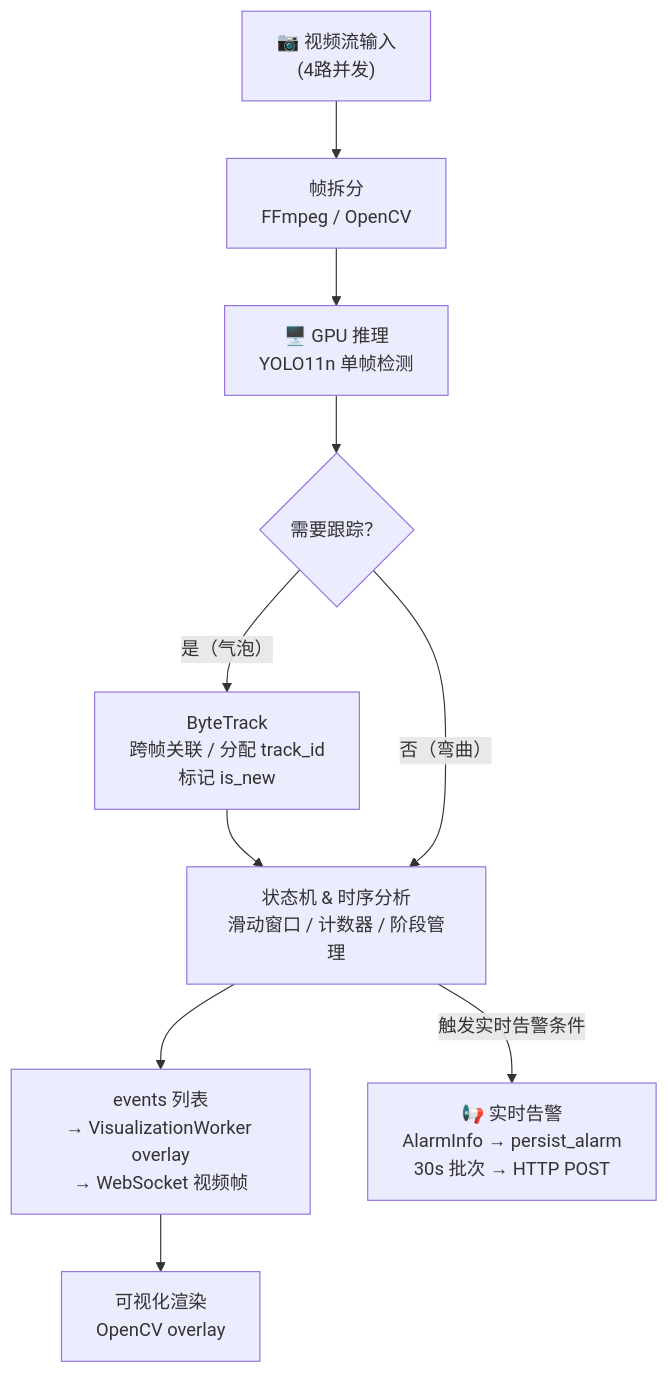
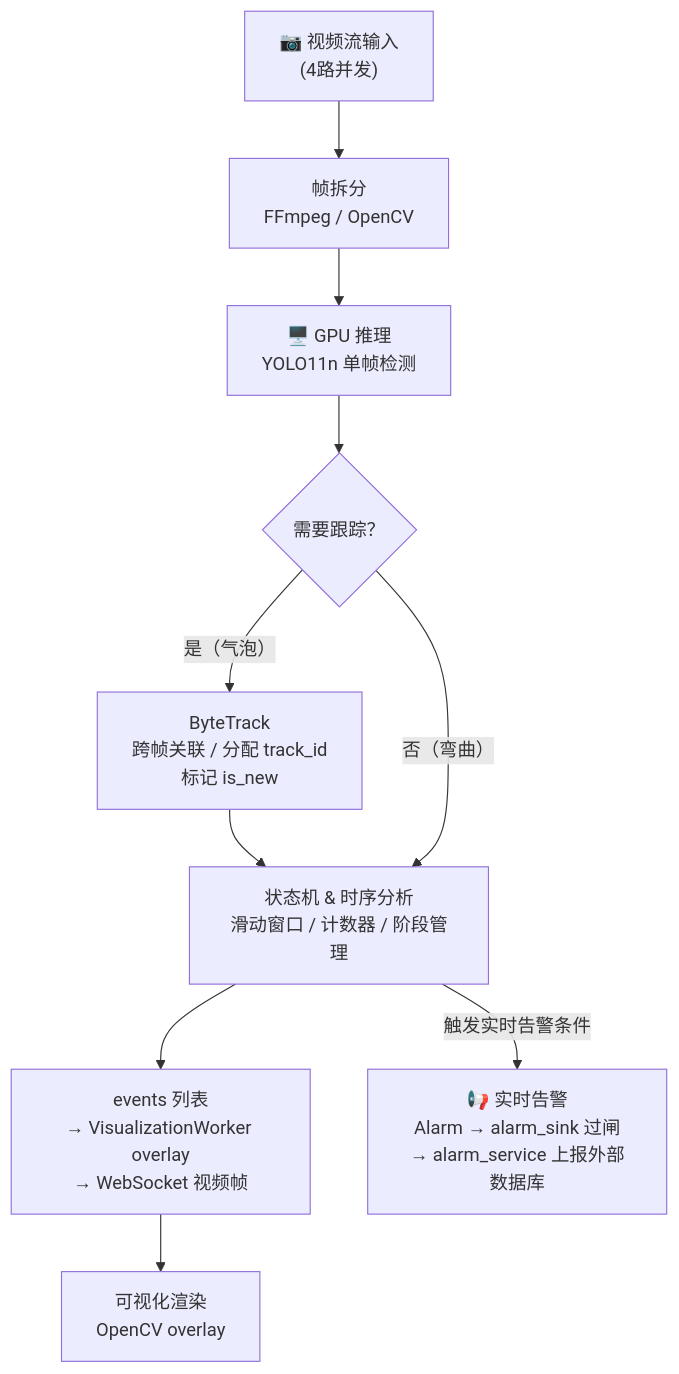
The first of 3 diagrams in docs/kb/DESIGN_DETECTION_WORKFLOW.md (Jiadezhende/CleanSightBackend), drawn with Mermaid before and after one commit. The commit also changed other lines of this file and 96 other files, not shown here.

````diff
--- a/docs/kb/DESIGN_DETECTION_WORKFLOW.md
+++ b/docs/kb/DESIGN_DETECTION_WORKFLOW.md
@@ -11,19 +11,19 @@
 ```mermaid
 flowchart TD
     CAM["📷 视频流输入<br/>(4路并发)"]
     DECODE["帧拆分<br/>FFmpeg / OpenCV"]
     GPU["🖥️ GPU 推理<br/>YOLO11n 单帧检测"]
     TRACK_Q{"需要跟踪？"}
     TRACK["ByteTrack<br/>跨帧关联 / 分配 track_id<br/>标记 is_new"]
     SM["状态机 & 时序分析<br/>滑动窗口 / 计数器 / 阶段管理"]
     EVENTS["events 列表<br/>→ VisualizationWorker overlay<br/>→ WebSocket 视频帧"]
-    ALARM["📢 实时告警<br/>AlarmInfo → persist_alarm<br/>30s 批次 → HTTP POST"]
+    ALARM["📢 实时告警<br/>Alarm → alarm_sink 过闸<br/>→ alarm_service 上报外部数据库"]
     VIZ["可视化渲染<br/>OpenCV overlay"]
 
     CAM --> DECODE --> GPU --> TRACK_Q
     TRACK_Q -- "是（气泡）" --> TRACK --> SM
     TRACK_Q -- "否（弯曲）" --> SM
     SM --> EVENTS
     SM -- "触发实时告警条件" --> ALARM
     EVENTS --> VIZ
 ```
````
